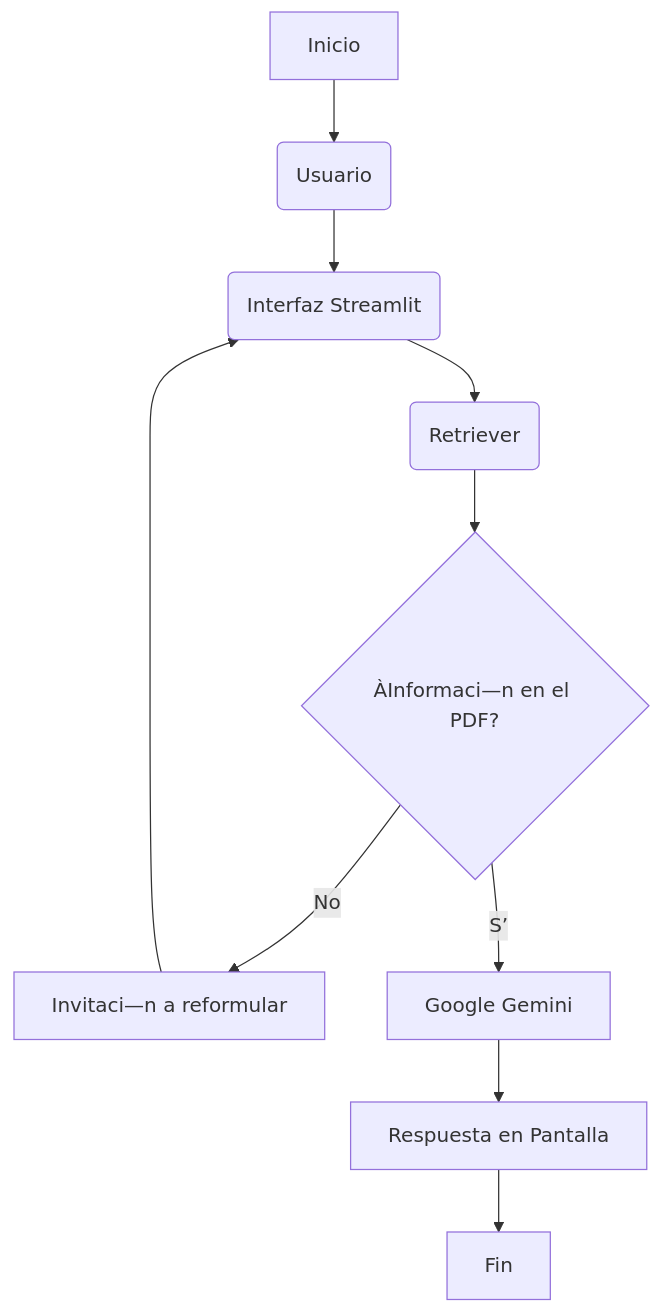
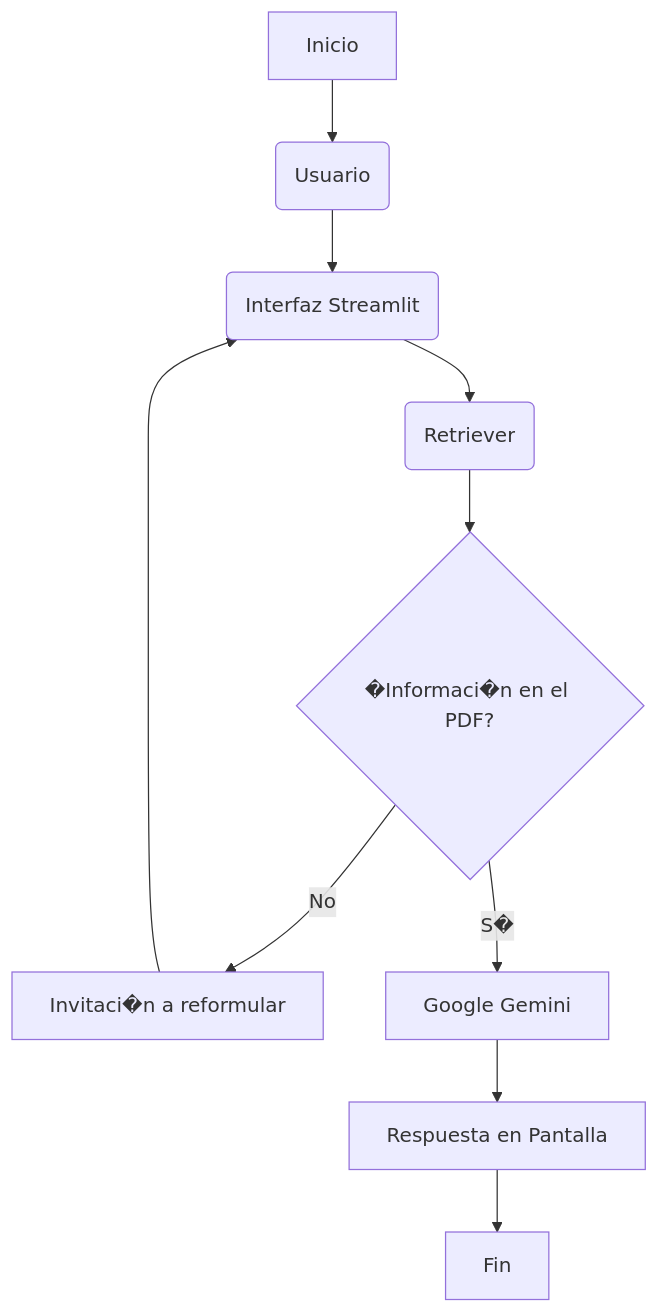
Before and after one commit to miramar1974/orquestador-pdf: the diagram in README.md, drawn with Mermaid. The commit also changed other lines of this file, not shown here.

````diff
--- a/README.md
+++ b/README.md
@@ -38,12 +38,12 @@
 ```mermaid
 graph TD
     A[Inicio] --> B(Usuario)
     B --> C(Interfaz Streamlit)
     C --> D(Retriever)
-    D --> E{ÀInformaci—n en el PDF?}
-    E -- No --> F[Invitaci—n a reformular]
+    D --> E{�Informaci�n en el PDF?}
+    E -- No --> F[Invitaci�n a reformular]
     F --> C
-    E -- S’ --> G[Google Gemini]
+    E -- S� --> G[Google Gemini]
     G --> H[Respuesta en Pantalla]
     H --> I[Fin]
 ```
````
